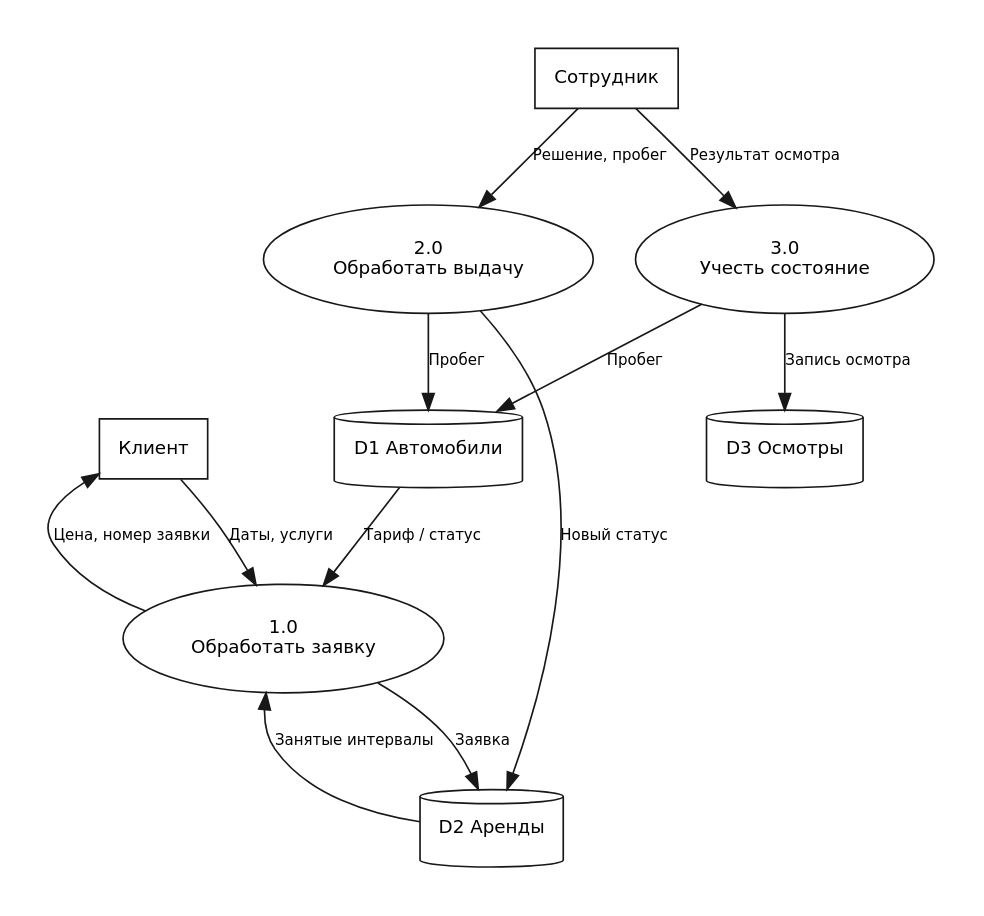
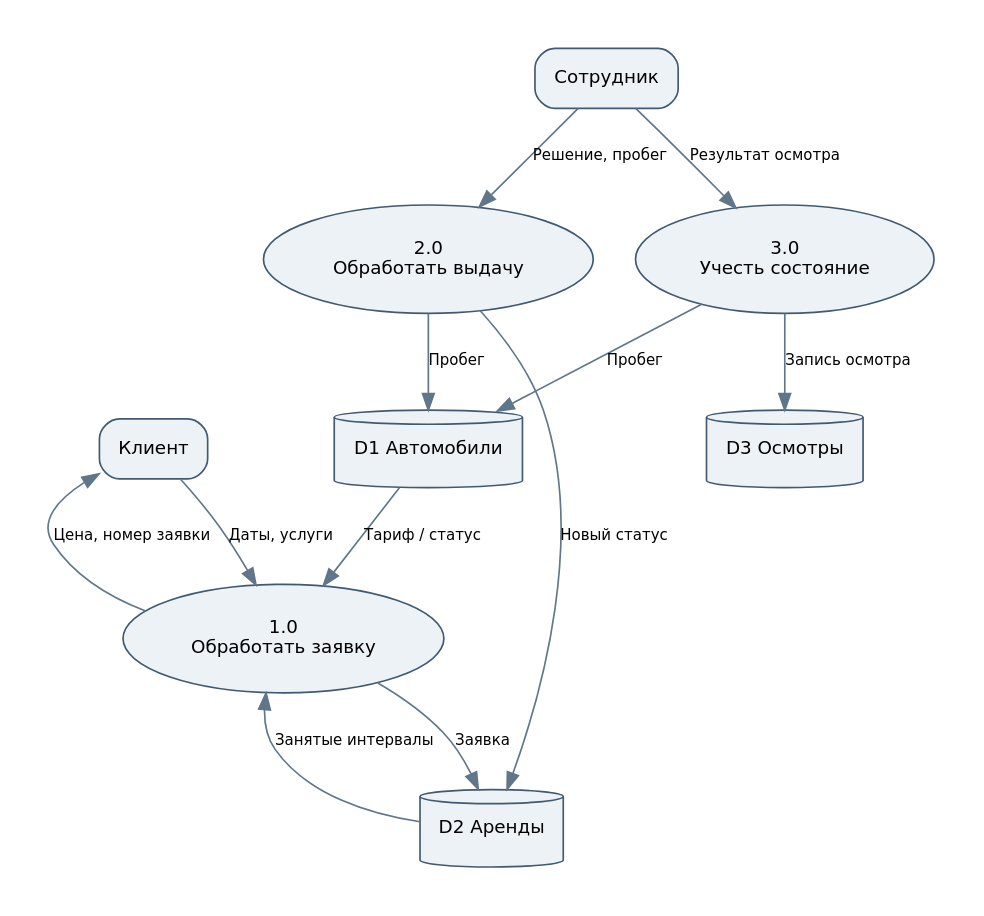
Before and after one commit to alexander2007B/cursovaya: the diagram in docs/diagrams/dfd.dot, drawn with Graphviz. The commit also changed 33 other files, not shown here.

Commit message:
Restore original diagram layouts with subtle blue-grey colors

```diff
--- a/docs/diagrams/dfd.dot
+++ b/docs/diagrams/dfd.dot
@@ -1,4 +1,4 @@
-digraph G {graph [fontname="DejaVu Sans",bgcolor="white",pad="0.3",ranksep="0.65",nodesep="0.35"]; node [fontname="DejaVu Sans",fontsize=11,shape=box,style="filled",fillcolor="white",color="#181818",margin="0.15"]; edge [fontname="DejaVu Sans",fontsize=9,color="#181818"];rankdir=TB; client[label="Клиент",shape=box]; manager[label="Сотрудник",shape=box]; p1[label="1.0
+digraph G {graph [fontname="DejaVu Sans",bgcolor="white",pad="0.3",ranksep="0.65",nodesep="0.35"]; node [fontname="DejaVu Sans",fontsize=11,shape=box,style="rounded,filled",fillcolor="#edf2f7",color="#425a70",margin="0.15"]; edge [fontname="DejaVu Sans",fontsize=9,color="#60768a"];rankdir=TB; client[label="Клиент",shape=box]; manager[label="Сотрудник",shape=box]; p1[label="1.0
 Обработать заявку",shape=ellipse];p2[label="2.0
 Обработать выдачу",shape=ellipse];p3[label="3.0
 Учесть состояние",shape=ellipse];d1[label="D1 Автомобили",shape=cylinder];d2[label="D2 Аренды",shape=cylinder];d3[label="D3 Осмотры",shape=cylinder];client->p1[label="Даты, услуги"];p1->client[label="Цена, номер заявки"];d1->p1[label="Тариф / статус"];p1->d2[label="Заявка"];d2->p1[label="Занятые интервалы"];manager->p2[label="Решение, пробег"];p2->d2[label="Новый статус"];p2->d1[label="Пробег"];manager->p3[label="Результат осмотра"];p3->d3[label="Запись осмотра"];p3->d1[label="Пробег"];}
```
